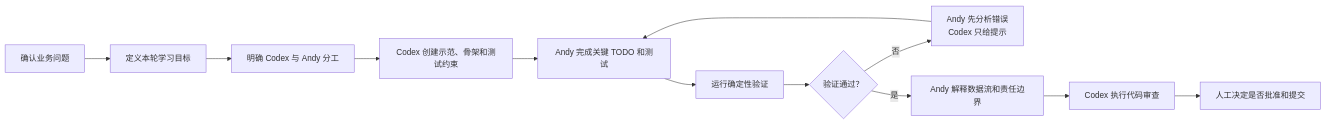
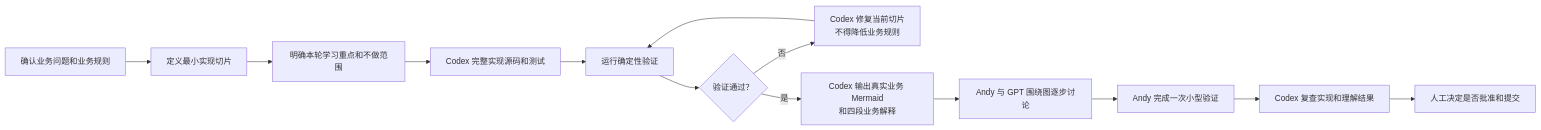
Before and after one commit to SONG-36/video-direction-workbench: the first of 3 diagrams in docs/02_GUIDED_IMPLEMENTATION_PLAN.md, drawn with Mermaid. The commit also changed other lines of this file and 1 other file, not shown here.

````diff
--- a/docs/02_GUIDED_IMPLEMENTATION_PLAN.md
+++ b/docs/02_GUIDED_IMPLEMENTATION_PLAN.md
@@ -135,14 +161,15 @@
 ```mermaid
 flowchart LR
-    A["确认业务问题"] --> B["定义本轮学习目标"]
-    B --> C["明确 Codex 与 Andy 分工"]
-    C --> D["Codex 创建示范、骨架和测试约束"]
-    D --> E["Andy 完成关键 TODO 和测试"]
-    E --> F["运行确定性验证"]
-    F --> G{"验证通过？"}
-    G -- "否" --> H["Andy 先分析错误<br/>Codex 只给提示"]
-    H --> E
-    G -- "是" --> I["Andy 解释数据流和责任边界"]
-    I --> J["Codex 执行代码审查"]
-    J --> K["人工决定是否批准和提交"]
+    A["确认业务问题和业务规则"] --> B["定义最小实现切片"]
+    B --> C["明确本轮学习重点和不做范围"]
+    C --> D["Codex 完整实现源码和测试"]
+    D --> E["运行确定性验证"]
+    E --> F{"验证通过？"}
+    F -- "否" --> G["Codex 修复当前切片<br/>不得降低业务规则"]
+    G --> E
+    F -- "是" --> H["Codex 输出真实业务 Mermaid<br/>和四段业务解释"]
+    H --> I["Andy 与 GPT 围绕图逐步讨论"]
+    I --> J["Andy 完成一次小型验证"]
+    J --> K["Codex 复查实现和理解结果"]
+    K --> L["人工决定是否批准和提交"]
 ```
````
